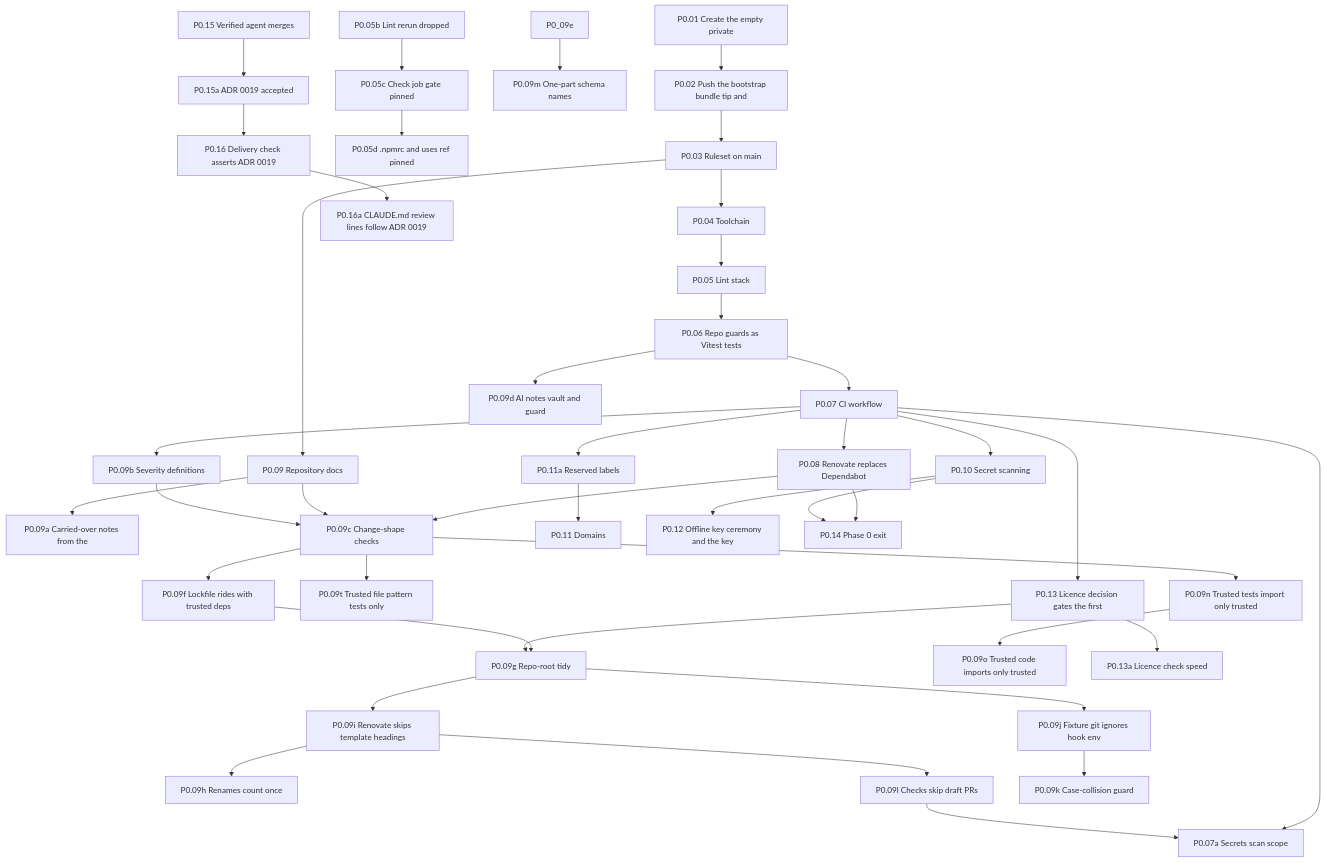
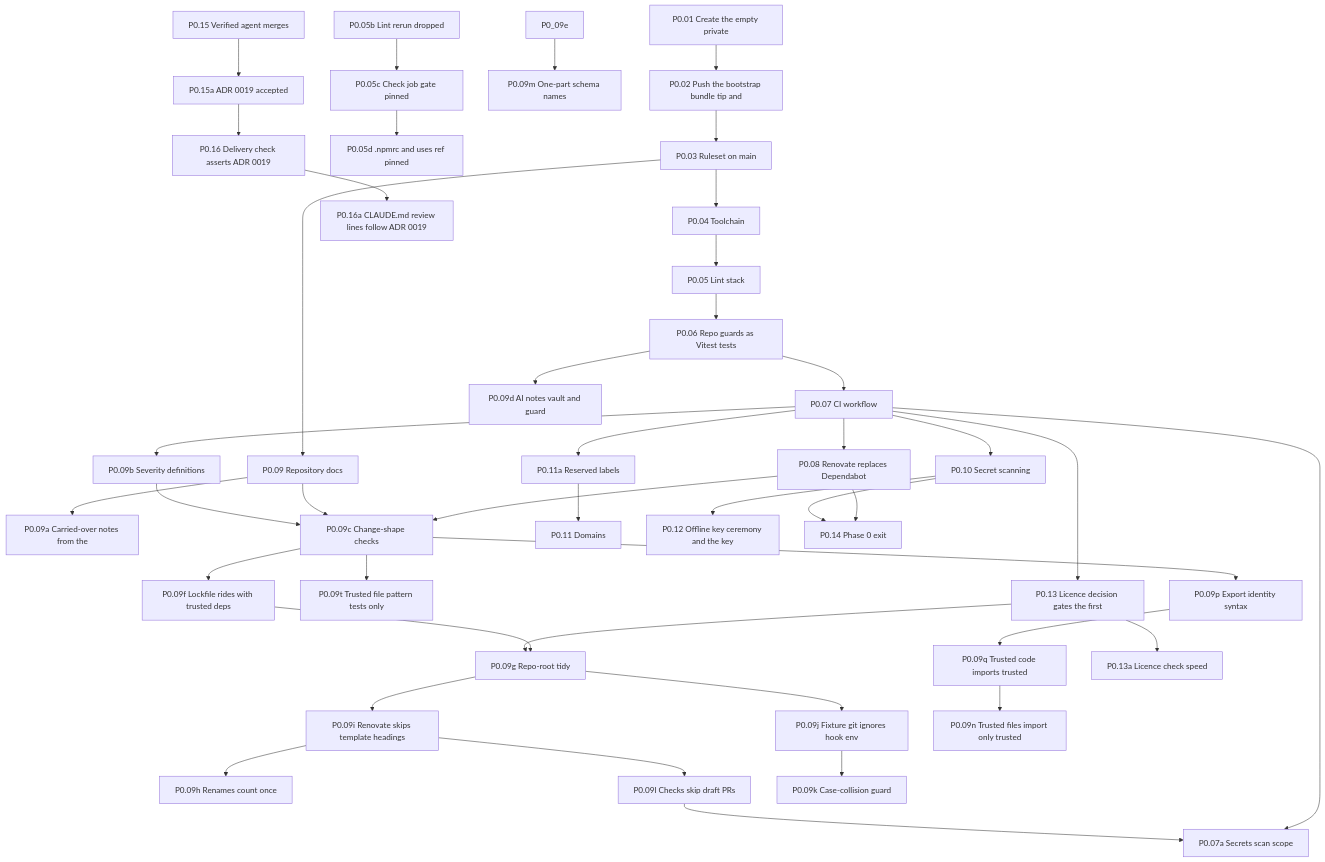
One commit to Undefined6799/unset changed the first of 11 diagrams in docs/ai/book/01-outline.md. Above: the diagram before and after it, drawn with Mermaid. The commit also changed other lines of this file and 2 other files, not shown here.

```diff
--- a/docs/ai/book/01-outline.md
+++ b/docs/ai/book/01-outline.md
@@ -95,8 +97,9 @@
   P0_09k["P0.09k Case-collision guard"]
   P0_09m["P0.09m One-part schema names"]
   P0_09t["P0.09t Trusted file pattern tests only"]
-  P0_09n["P0.09n Trusted tests import only trusted"]
-  P0_09o["P0.09o Trusted code imports only trusted"]
+  P0_09p["P0.09p Export identity syntax"]
+  P0_09q["P0.09q Trusted code imports trusted"]
+  P0_09n["P0.09n Trusted files import only trusted"]
   P0_10["P0.10 Secret scanning"]
   P0_11a["P0.11a Reserved labels"]
   P0_11["P0.11 Domains"]
@@ -126,8 +129,9 @@
   P0_06 --> P0_09d
   P0_09c --> P0_09f
   P0_09c --> P0_09t
-  P0_09c --> P0_09n
-  P0_09n --> P0_09o
+  P0_09c --> P0_09p
+  P0_09p --> P0_09q
+  P0_09q --> P0_09n
   P0_09f --> P0_09g
   P0_13 --> P0_09g
   P0_09g --> P0_09i
```
